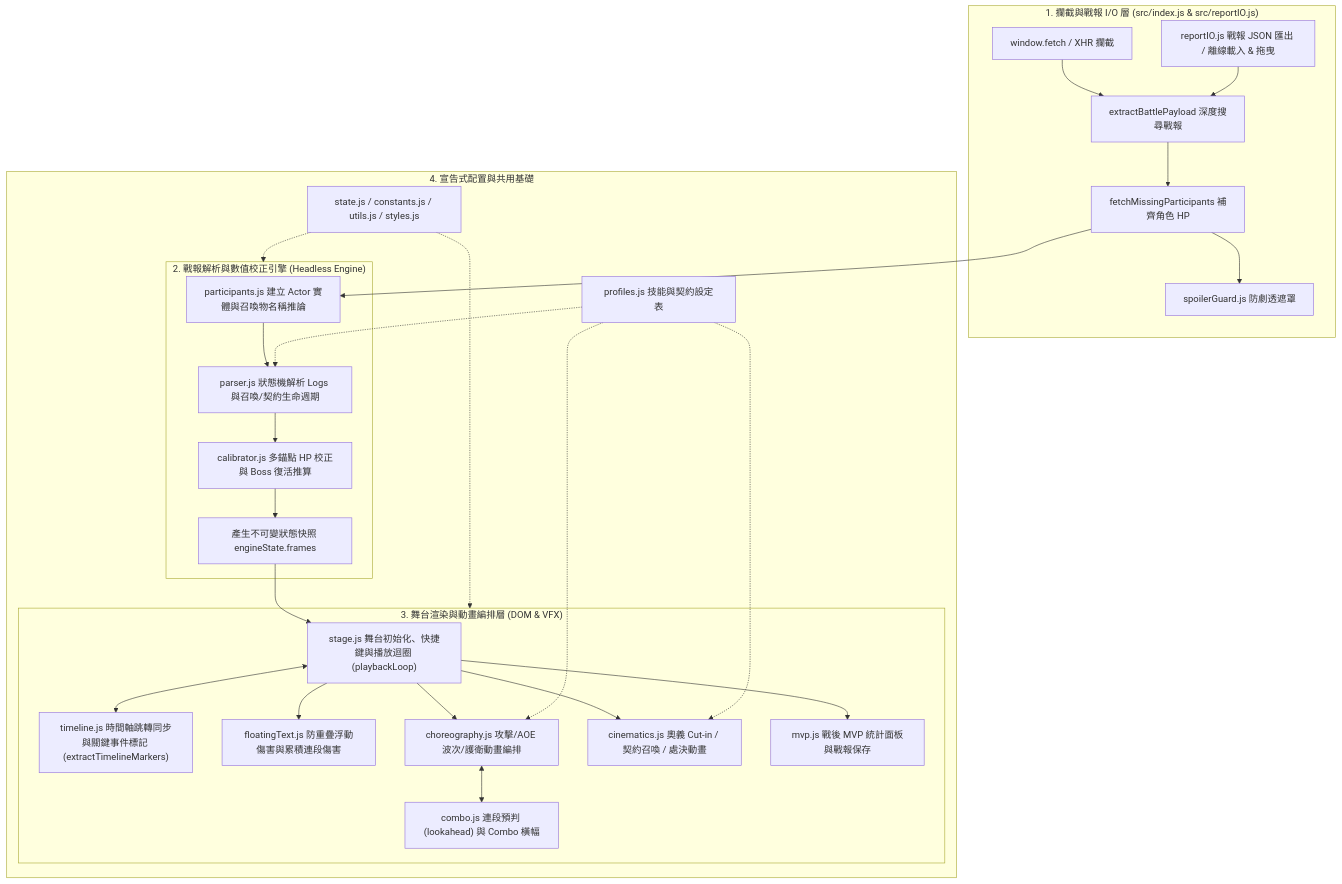
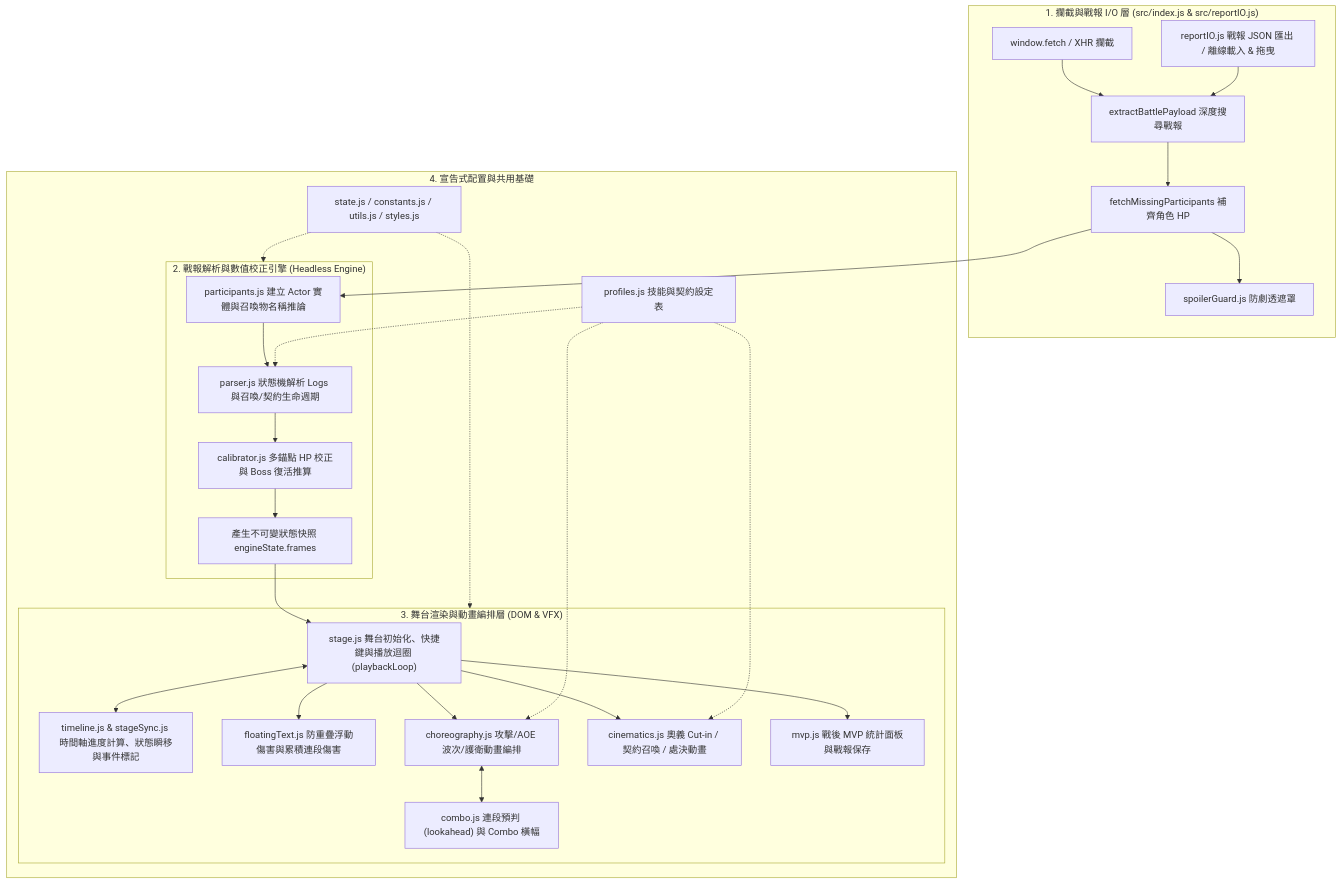
One commit to ck10800766/mdbattle-visualizer changed the diagram in README.md. Above: the diagram before and after it, drawn with Mermaid. The commit also changed other lines of this file and 10 other files, not shown here.

Commit message:
refactor: decouple skill choreography, extract stageSync, and generalize profiles (#14)

````diff
--- a/README.md
+++ b/README.md
@@ -52,34 +52,34 @@
 ```mermaid
 flowchart TD
     subgraph Intercept ["1. 攔截與戰報 I/O 層 (src/index.js & src/reportIO.js)"]
         A["window.fetch / XHR 攔截"] --> B["extractBattlePayload 深度搜尋戰報"]
         IO["reportIO.js 戰報 JSON 匯出 / 離線載入 & 拖曳"] --> B
         B --> C["fetchMissingParticipants 補齊角色 HP"]
         C --> D["spoilerGuard.js 防劇透遮罩"]
     end
 
     subgraph Engine ["2. 戰報解析與數值校正引擎 (Headless Engine)"]
         C --> E["participants.js 建立 Actor 實體與召喚物名稱推論"]
         E --> F["parser.js 狀態機解析 Logs 與召喚/契約生命週期"]
         F --> G["calibrator.js 多錨點 HP 校正與 Boss 復活推算"]
         G --> H["產生不可變狀態快照 engineState.frames"]
     end
 
     subgraph Stage ["3. 舞台渲染與動畫編排層 (DOM & VFX)"]
         H --> I["stage.js 舞台初始化、快捷鍵與播放迴圈 (playbackLoop)"]
-        I <--> J["timeline.js 時間軸跳轉同步與關鍵事件標記 (extractTimelineMarkers)"]
+        I <--> J["timeline.js & stageSync.js 時間軸進度計算、狀態瞬移與事件標記"]
         I --> FT["floatingText.js 防重疊浮動傷害與累積連段傷害"]
         I --> K["choreography.js 攻擊/AOE 波次/護衛動畫編排"]
         K <--> L["combo.js 連段預判 (lookahead) 與 Combo 橫幅"]
         I --> M["cinematics.js 奧義 Cut-in / 契約召喚 / 處決動畫"]
         I --> N["mvp.js 戰後 MVP 統計面板與戰報保存"]
     end
 
     subgraph Config ["4. 宣告式配置與共用基礎"]
         P["profiles.js 技能與契約設定表"] -.-> F
         P -.-> K
         P -.-> M
         S["state.js / constants.js / utils.js / styles.js"] -.-> Engine
         S -.-> Stage
     end
 ```
````
